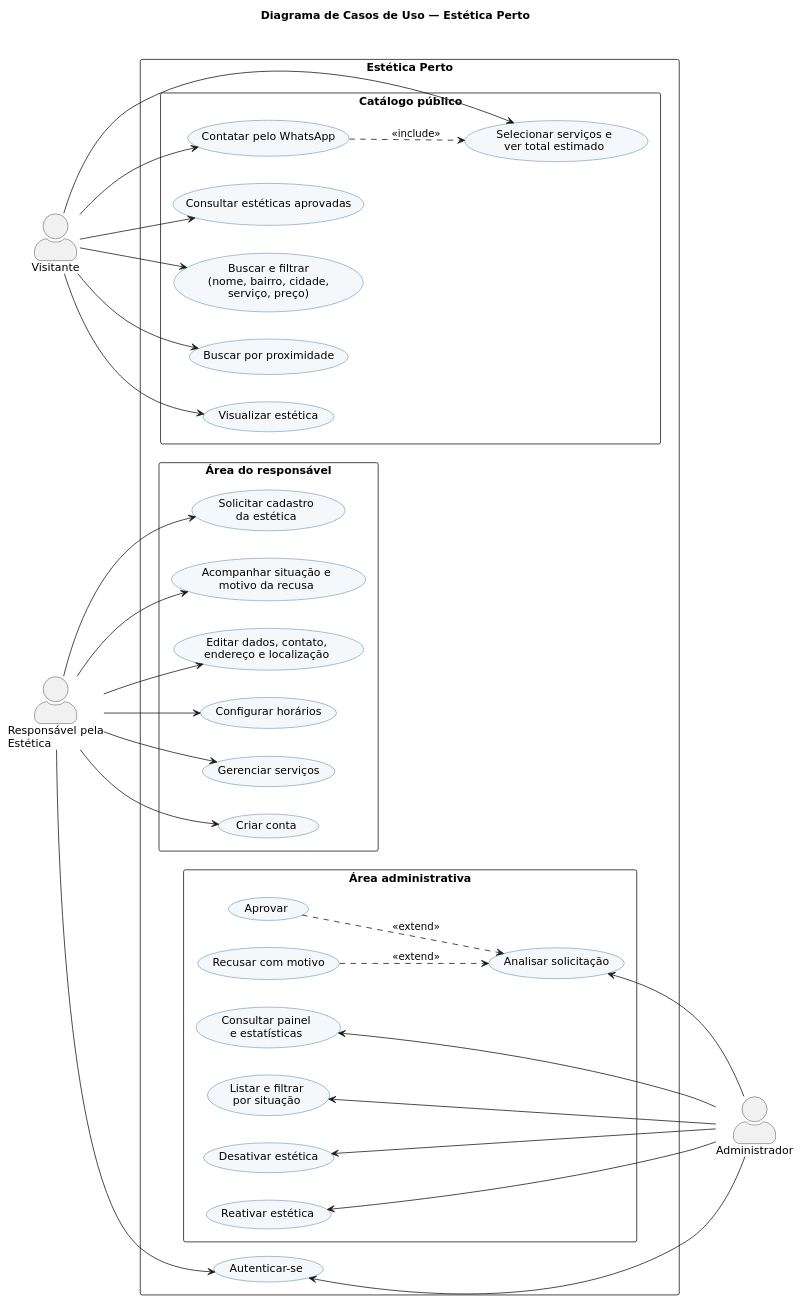
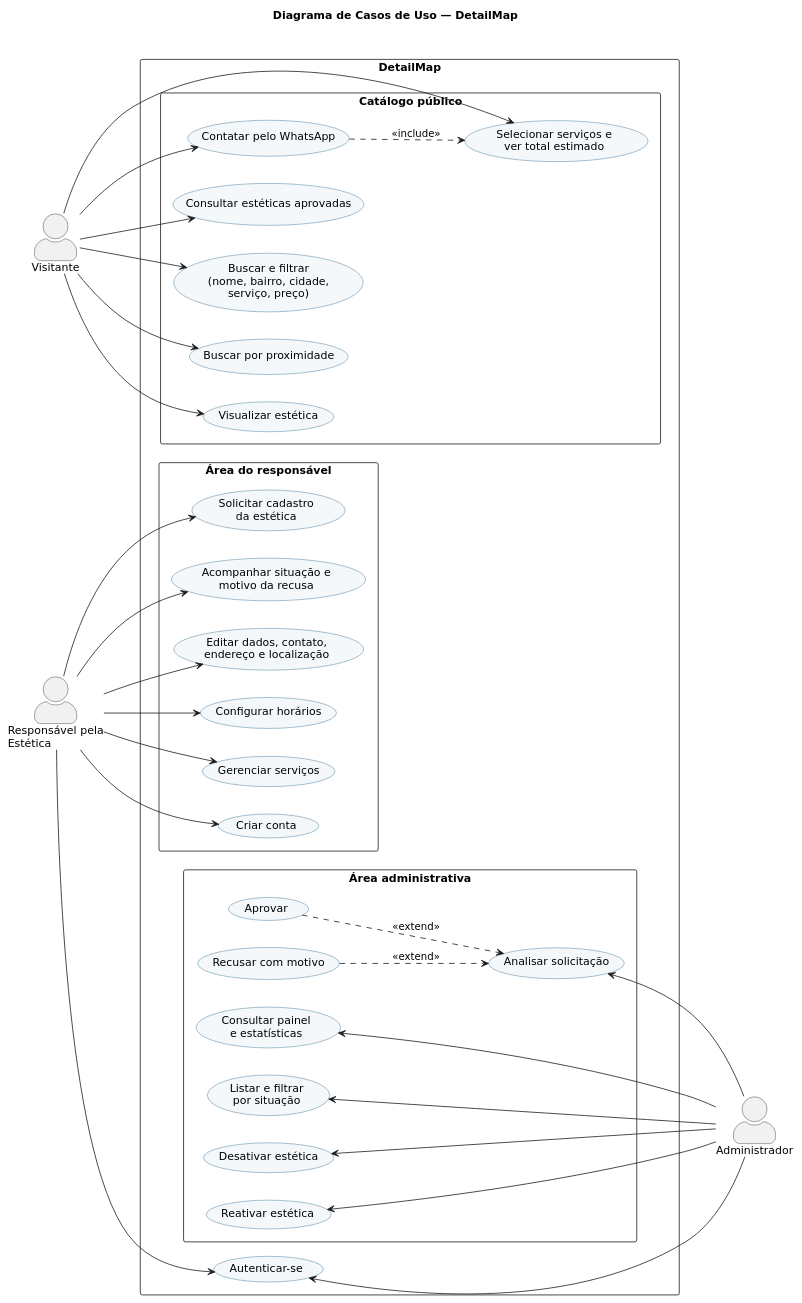
One commit to GilbertoJunior874/tcc-estetica changed the diagram in docs/diagrams/source/use-cases.puml. Above: the diagram before and after it, drawn with PlantUML. The commit also changed 14 other files, not shown here.

Commit message:
chore: rename application to DetailMap

```diff
--- a/docs/diagrams/source/use-cases.puml
+++ b/docs/diagrams/source/use-cases.puml
@@ -1,75 +1,75 @@
 @startuml use-cases
 left to right direction
 skinparam shadowing false
 skinparam defaultFontName "DejaVu Sans"
 skinparam backgroundColor white
 skinparam actorStyle awesome
 skinparam packageStyle rectangle
 skinparam usecase {
   BackgroundColor #F4F8FB
   BorderColor #1F5F84
 }
 
-title Diagrama de Casos de Uso — Estética Perto
+title Diagrama de Casos de Uso — DetailMap
 
 actor "Visitante" as V
 actor "Responsável pela\nEstética" as R
 actor "Administrador" as A
 
-rectangle "Estética Perto" {
+rectangle "DetailMap" {
   package "Catálogo público" {
     usecase "Consultar estéticas aprovadas" as UC01
     usecase "Buscar e filtrar\n(nome, bairro, cidade,\nserviço, preço)" as UC02
     usecase "Buscar por proximidade" as UC03
     usecase "Visualizar estética" as UC04
     usecase "Selecionar serviços e\nver total estimado" as UC05
     usecase "Contatar pelo WhatsApp" as UC06
   }
 
   usecase "Autenticar-se" as UC08
 
   package "Área do responsável" {
     usecase "Criar conta" as UC07
     usecase "Solicitar cadastro\nda estética" as UC09
     usecase "Acompanhar situação e\nmotivo da recusa" as UC10
     usecase "Editar dados, contato,\nendereço e localização" as UC11
     usecase "Configurar horários" as UC12
     usecase "Gerenciar serviços" as UC13
   }
 
   package "Área administrativa" {
     usecase "Consultar painel\ne estatísticas" as UC14
     usecase "Listar e filtrar\npor situação" as UC15
     usecase "Analisar solicitação" as UC16
     usecase "Aprovar" as UC17
     usecase "Recusar com motivo" as UC18
     usecase "Desativar estética" as UC19
     usecase "Reativar estética" as UC20
   }
 }
 
 V --> UC01
 V --> UC02
 V --> UC03
 V --> UC04
 V --> UC05
 V --> UC06
 UC06 ..> UC05 : <<include>>
 
 R --> UC07
 R --> UC08
 R --> UC09
 R --> UC10
 R --> UC11
 R --> UC12
 R --> UC13
 
 UC08 <-- A
 UC14 <-- A
 UC15 <-- A
 UC16 <-- A
 UC19 <-- A
 UC20 <-- A
 UC17 ..> UC16 : <<extend>>
 UC18 ..> UC16 : <<extend>>
 @enduml
```
